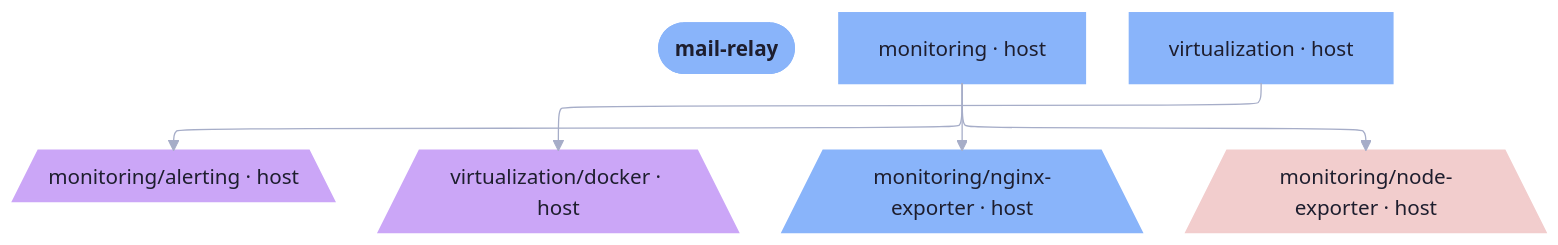
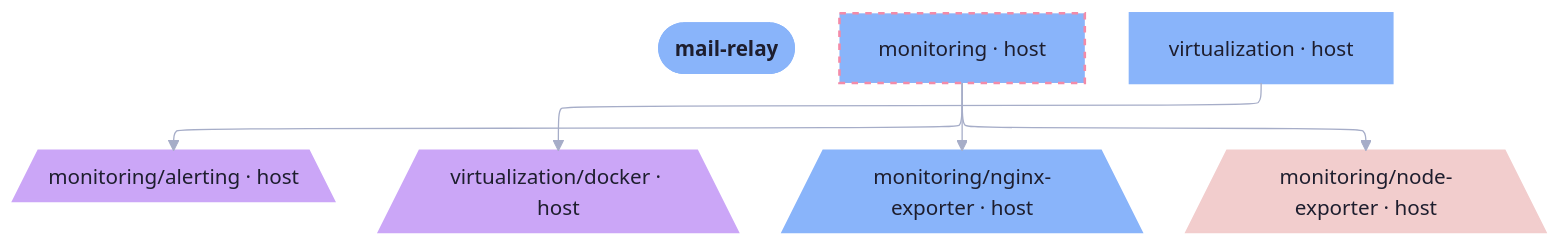
One commit to sini/den changed the diagram in templates/diag-fx-demo/diagrams/mail-relay-providers.md. Above: the diagram before and after it, drawn with Mermaid. The commit also changed 526 other files, not shown here.

Commit message:
chore: update fx diagrams

````diff
--- a/templates/diag-fx-demo/diagrams/mail-relay-providers.md
+++ b/templates/diag-fx-demo/diagrams/mail-relay-providers.md
@@ -5,24 +5,24 @@
 ```mermaid
 %%{init: {"elk":{"mergeEdges":true,"nodePlacementStrategy":"BRANDES_KOEPF"},"layout":"elk","theme":"base","themeVariables":{"activationBkgColor":"#313244","activationBorderColor":"#6c7086","actorBkg":"#313244","actorBorder":"#a6adc8","actorLineColor":"#a6adc8","actorTextColor":"#cdd6f4","background":"#1e1e2e","classText":"#cdd6f4","clusterBkg":"#313244","clusterBorder":"#6c7086","edgeLabelBackground":"#1e1e2e","labelBoxBkgColor":"#313244","labelBoxBorderColor":"#a6adc8","labelTextColor":"#cdd6f4","lineColor":"#a6adc8","loopTextColor":"#cdd6f4","mainBkg":"#313244","nodeBkg":"#313244","nodeBorder":"#a6adc8","nodeTextColor":"#cdd6f4","noteBkgColor":"#313244","noteBorderColor":"#6c7086","noteTextColor":"#cdd6f4","pie1":"#f38ba8","pie2":"#fab387","pie3":"#f9e2af","pie4":"#a6e3a1","pie5":"#94e2d5","pie6":"#89b4fa","pie7":"#cba6f7","pie8":"#f2cdcd","pieLegendTextColor":"#cdd6f4","pieOuterStrokeColor":"#6c7086","pieSectionTextColor":"#cdd6f4","pieStrokeColor":"#6c7086","pieTitleTextColor":"#cdd6f4","primaryBorderColor":"#a6adc8","primaryColor":"#313244","primaryTextColor":"#cdd6f4","secondBkg":"#313244","secondaryBorderColor":"#6c7086","secondaryColor":"#313244","secondaryTextColor":"#cdd6f4","sequenceNumberColor":"#1e1e2e","signalColor":"#a6adc8","signalTextColor":"#cdd6f4","tertiaryBorderColor":"#6c7086","tertiaryColor":"#313244","tertiaryTextColor":"#cdd6f4","textColor":"#cdd6f4","titleColor":"#cdd6f4"}}}%%
 graph TD
   mail_relay([mail-relay]):::root
   monitoring__alerting[/"monitoring/alerting · host"\]:::monitoring__alerting_c
   virtualization__docker[/"virtualization/docker · host"\]:::virtualization__docker_c
   monitoring["monitoring · host"]:::monitoring_c
   monitoring__nginx_exporter[/"monitoring/nginx-exporter · host"\]:::monitoring__nginx_exporter_c
   monitoring__node_exporter[/"monitoring/node-exporter · host"\]:::monitoring__node_exporter_c
   virtualization["virtualization · host"]:::virtualization_c
 
   monitoring --> monitoring__alerting
   virtualization --> virtualization__docker
   monitoring --> monitoring__nginx_exporter
   monitoring --> monitoring__node_exporter
 
   classDef root fill:#89b4fa,stroke:#89b4fa,color:#1e1e2e,font-weight:bold
   classDef monitoring__alerting_c fill:#cba6f7,stroke:#cba6f7,color:#1e1e2e,stroke-width:2px
   classDef virtualization__docker_c fill:#cba6f7,stroke:#cba6f7,color:#1e1e2e,stroke-width:2px
-  classDef monitoring_c fill:#89b4fa,stroke:#89b4fa,color:#1e1e2e,stroke-width:2px
+  classDef monitoring_c fill:#89b4fa,stroke:#f38ba8,color:#1e1e2e,stroke-dasharray: 5 5,stroke-width:2px
   classDef monitoring__nginx_exporter_c fill:#89b4fa,stroke:#89b4fa,color:#1e1e2e,stroke-width:2px
   classDef monitoring__node_exporter_c fill:#f2cdcd,stroke:#f2cdcd,color:#1e1e2e,stroke-width:2px
   classDef virtualization_c fill:#89b4fa,stroke:#89b4fa,color:#1e1e2e,stroke-width:2px
 ```
````
